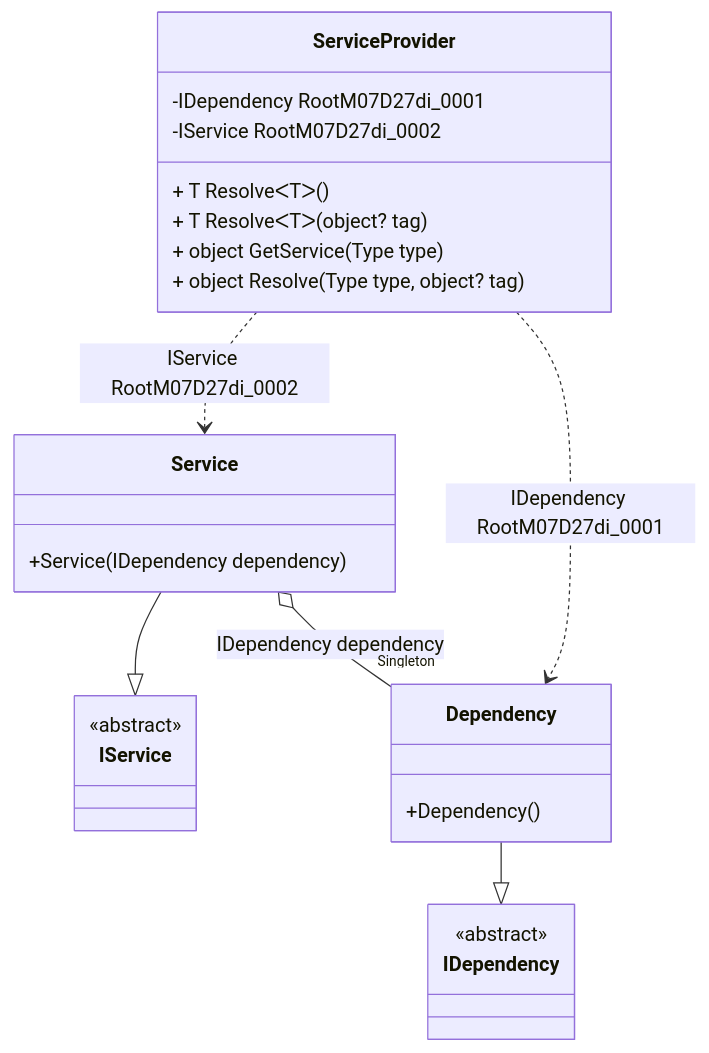
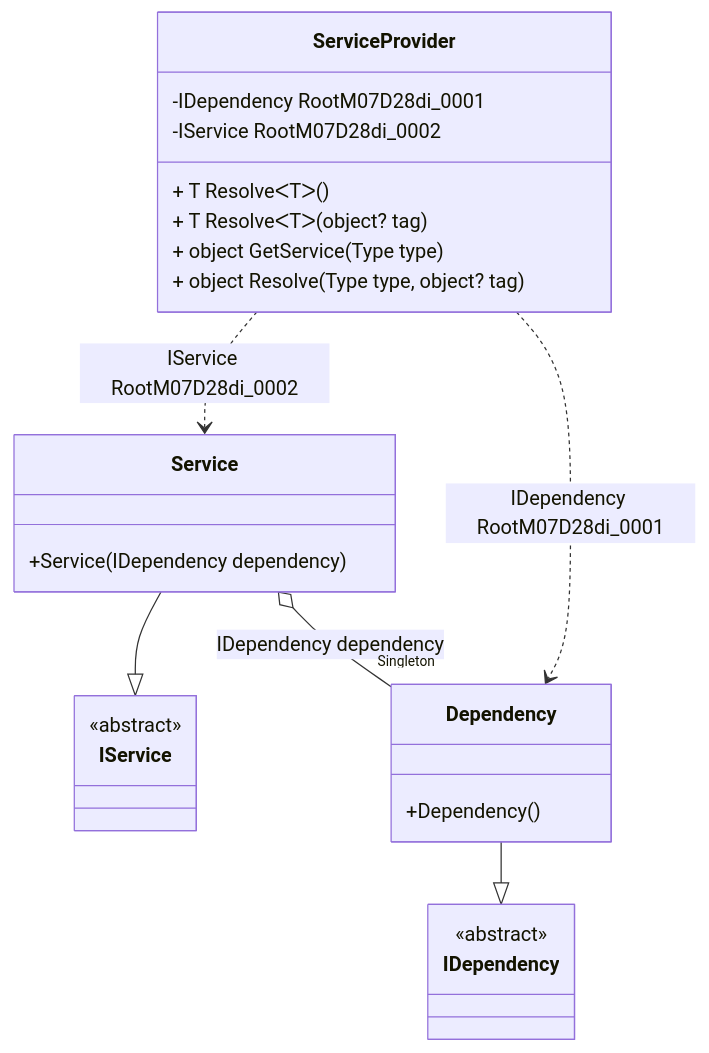
The diagram in readme/service-provider.md (DevTeam/Pure.DI), drawn with Mermaid before and after one commit. The commit also changed other lines of this file and 51 other files, not shown here.

````diff
--- a/readme/service-provider.md
+++ b/readme/service-provider.md
@@ -50,28 +50,28 @@
 ```mermaid
 classDiagram
   class ServiceProvider {
-    -IDependency RootM07D27di_0001
-    -IService RootM07D27di_0002
+    -IDependency RootM07D28di_0001
+    -IService RootM07D28di_0002
     + T ResolveᐸTᐳ()
     + T ResolveᐸTᐳ(object? tag)
     + object GetService(Type type)
     + object Resolve(Type type, object? tag)
   }
   Service --|> IService : 
   class Service {
     +Service(IDependency dependency)
   }
   Dependency --|> IDependency : 
   class Dependency {
     +Dependency()
   }
   class IService {
     <<abstract>>
   }
   class IDependency {
     <<abstract>>
   }
   Service o--  "Singleton" Dependency : IDependency dependency
-  ServiceProvider ..> Dependency : IDependency RootM07D27di_0001
-  ServiceProvider ..> Service : IService RootM07D27di_0002
+  ServiceProvider ..> Dependency : IDependency RootM07D28di_0001
+  ServiceProvider ..> Service : IService RootM07D28di_0002
 ```
````
